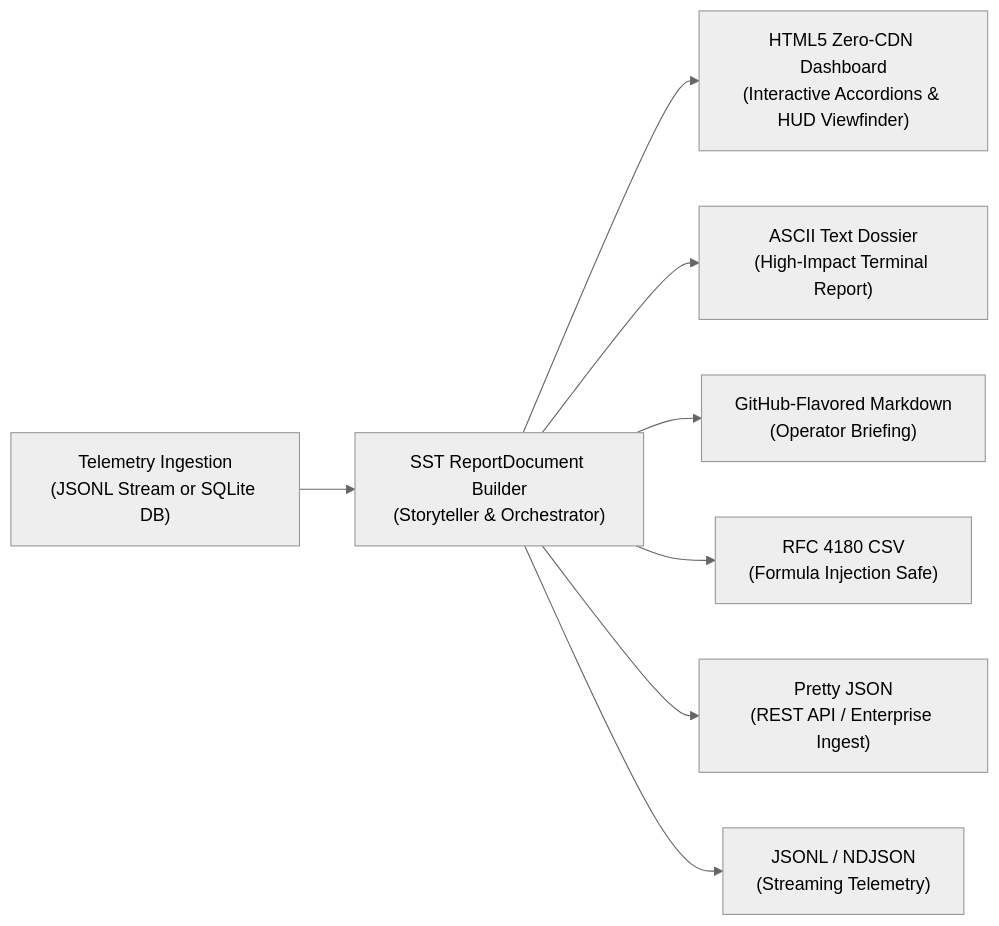
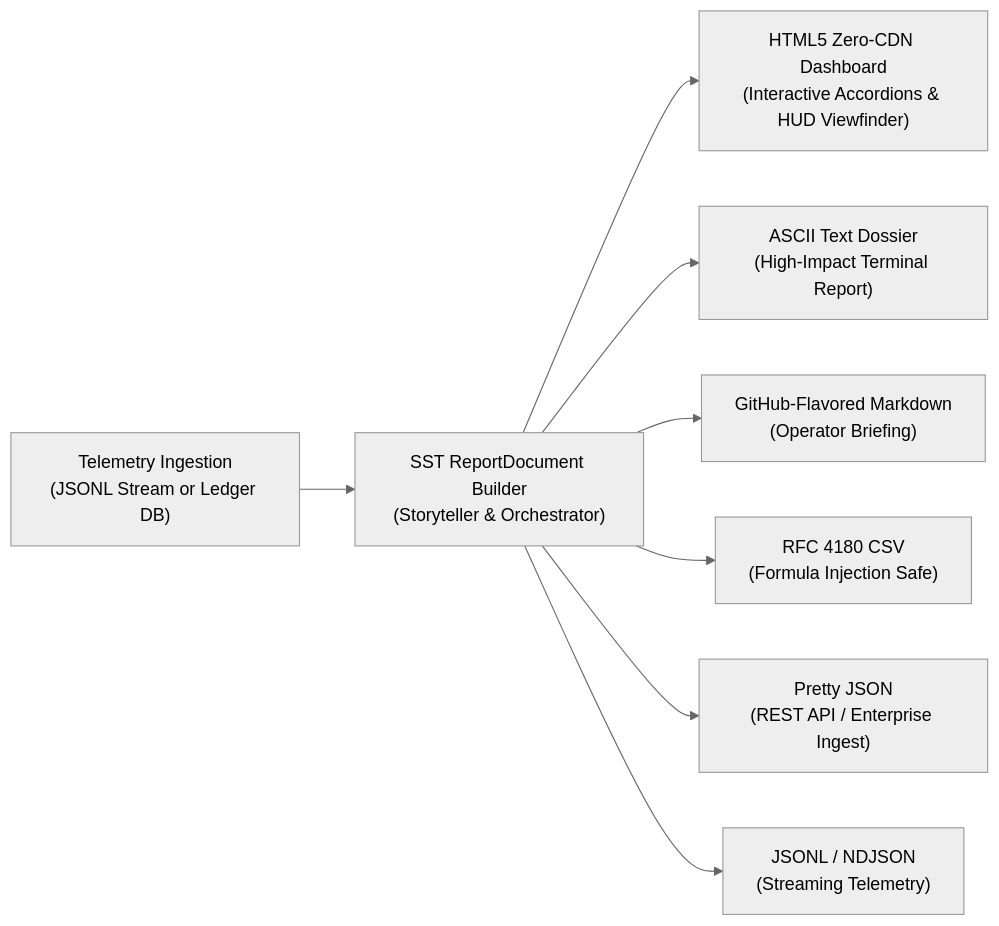
One commit to xuoxod/sentry-edge changed the third of 4 diagrams in docs/ARCHITECTURE_AND_HAL.md. Above: the diagram before and after it, drawn with Mermaid (neutral theme). The commit also changed other lines of this file and 5 other files, not shown here.

````diff
--- a/docs/ARCHITECTURE_AND_HAL.md
+++ b/docs/ARCHITECTURE_AND_HAL.md
@@ -120,11 +120,11 @@
 ```mermaid
 graph LR
-    Input["Telemetry Ingestion<br/>(JSONL Stream or SQLite DB)"] --> SST["SST ReportDocument Builder<br/>(Storyteller & Orchestrator)"]
+    Input["Telemetry Ingestion<br/>(JSONL Stream or Ledger DB)"] --> SST["SST ReportDocument Builder<br/>(Storyteller & Orchestrator)"]
 
     SST --> HTML["HTML5 Zero-CDN Dashboard<br/>(Interactive Accordions & HUD Viewfinder)"]
     SST --> TXT["ASCII Text Dossier<br/>(High-Impact Terminal Report)"]
     SST --> MD["GitHub-Flavored Markdown<br/>(Operator Briefing)"]
     SST --> CSV["RFC 4180 CSV<br/>(Formula Injection Safe)"]
     SST --> JSON["Pretty JSON<br/>(REST API / Enterprise Ingest)"]
     SST --> JSONL["JSONL / NDJSON<br/>(Streaming Telemetry)"]
 ```
````
